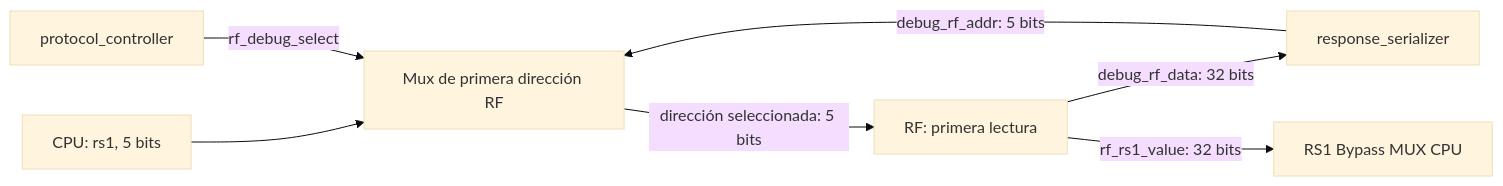
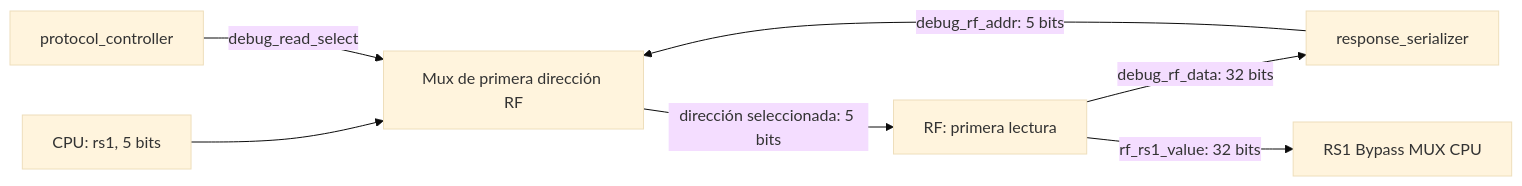
The sixth of 7 diagrams in tp3/docs/architecture/debug/response_serializer.md (FrancoPerotti/computer-architecture-tps), drawn with Mermaid (base theme) before and after one commit. The commit also changed other lines of this file and 49 other files, not shown here.

First line of the commit message:
docs(tp3): simplify UART protocol and integrate protocol controller design

````diff
--- a/tp3/docs/architecture/debug/response_serializer.md
+++ b/tp3/docs/architecture/debug/response_serializer.md
@@ -421,9 +452,9 @@
 ```mermaid
 flowchart LR
     CPU["CPU: rs1, 5 bits"] --> MUX["Mux de primera dirección RF"]
     SER["response_serializer"] -->|debug_rf_addr: 5 bits| MUX
-    CTRL["protocol_controller"] -->|rf_debug_select| MUX
+    CTRL["protocol_controller"] -->|debug_read_select| MUX
     MUX -->|dirección seleccionada: 5 bits| RF["RF: primera lectura"]
     RF -->|debug_rf_data: 32 bits| SER
     RF -->|rf_rs1_value: 32 bits| BYPASS["RS1 Bypass MUX CPU"]
 ```
````
